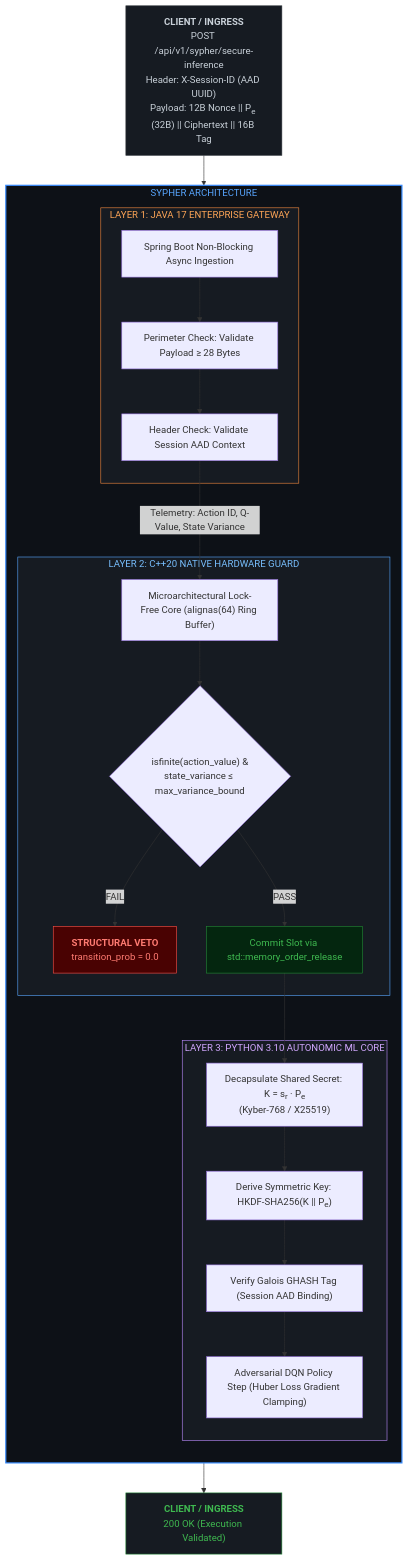
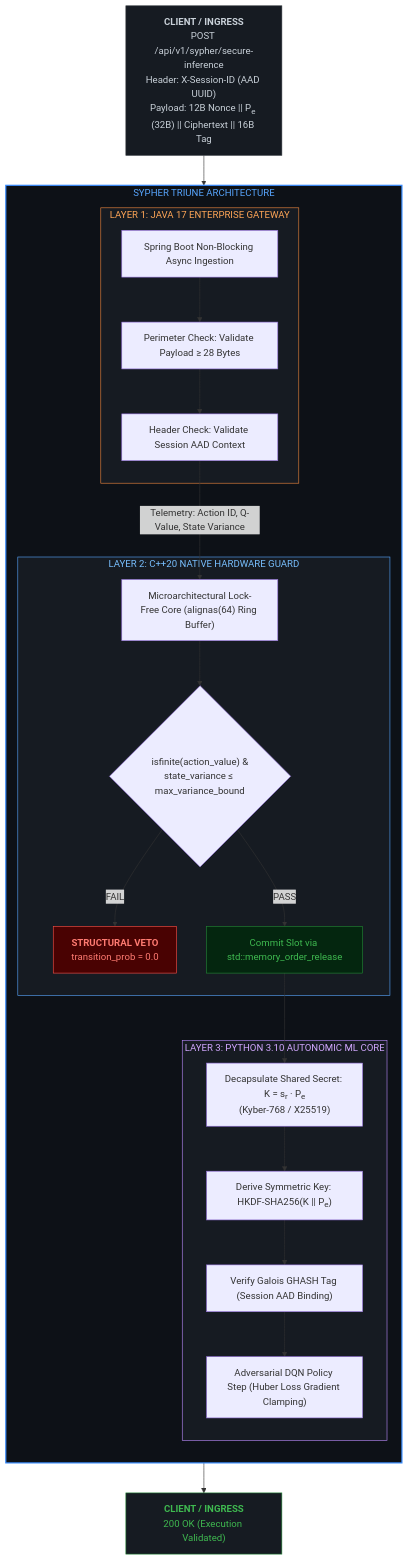
Before and after one commit to BArianlou/sypher-pqc-framework: the diagram in README.md, drawn with Mermaid. The commit also changed other lines of this file, not shown here.

````diff
--- a/README.md
+++ b/README.md
@@ -66,52 +66,52 @@
 ```mermaid
 graph TD
     Client["<b>CLIENT / INGRESS</b><br/>POST /api/v1/sypher/secure-inference<br/>Header: X-Session-ID (AAD UUID)<br/>Payload: 12B Nonce || P<sub>e</sub> (32B) || Ciphertext || 16B Tag"]
 
-    subgraph Sypher["SYPHER ARCHITECTURE"]
+    subgraph Sypher["SYPHER TRIUNE ARCHITECTURE"]
         direction TB
 
         subgraph L1["LAYER 1: JAVA 17 ENTERPRISE GATEWAY"]
             A1["Spring Boot Non-Blocking Async Ingestion"]
             A2["Perimeter Check: Validate Payload &ge; 28 Bytes"]
             A3["Header Check: Validate Session AAD Context"]
             A1 --> A2 --> A3
         end
 
         subgraph L2["LAYER 2: C++20 NATIVE HARDWARE GUARD"]
             B1["Microarchitectural Lock-Free Core (alignas(64) Ring Buffer)"]
             B2{"isfinite(action_value) &amp;<br/>state_variance &le; max_variance_bound"}
             B_Veto["<b>STRUCTURAL VETO</b><br/>transition_prob = 0.0"]
             B_Pass["Commit Slot via std::memory_order_release"]
 
             B1 --> B2
             B2 -- FAIL --> B_Veto
             B2 -- PASS --> B_Pass
         end
 
         subgraph L3["LAYER 3: PYTHON 3.10 AUTONOMIC ML CORE"]
             C1["Decapsulate Shared Secret: K = s<sub>r</sub> · P<sub>e</sub><br/>(Kyber-768 / X25519)"]
             C2["Derive Symmetric Key: HKDF-SHA256(K || P<sub>e</sub>)"]
             C3["Verify Galois GHASH Tag (Session AAD Binding)"]
             C4["Adversarial DQN Policy Step (Huber Loss Gradient Clamping)"]
 
             C1 --> C2 --> C3 --> C4
         end
 
         A3 -- "Telemetry: Action ID, Q-Value, State Variance" --> B1
         B_Pass --> C1
     end
 
     Validated["<b>CLIENT / INGRESS</b><br/>200 OK (Execution Validated)"]
 
     Client --> A1
     C4 --> Validated
 
     style Client fill:#161b22,stroke:#30363d,stroke-width:1px,color:#c9d1d9
     style Validated fill:#161b22,stroke:#238636,stroke-width:1px,color:#3fb950
     style Sypher fill:#0d1117,stroke:#388bfd,stroke-width:2px,color:#58a6ff
     style L1 fill:#161b22,stroke:#f0883e,stroke-width:1px,color:#ffa657
     style L2 fill:#161b22,stroke:#58a6ff,stroke-width:1px,color:#79c0ff
     style L3 fill:#161b22,stroke:#bc8cff,stroke-width:1px,color:#d2a8ff
     style B_Veto fill:#490202,stroke:#f85149,stroke-width:1px,color:#ff7b72
     style B_Pass fill:#04260f,stroke:#238636,stroke-width:1px,color:#3fb950
 ```
````
